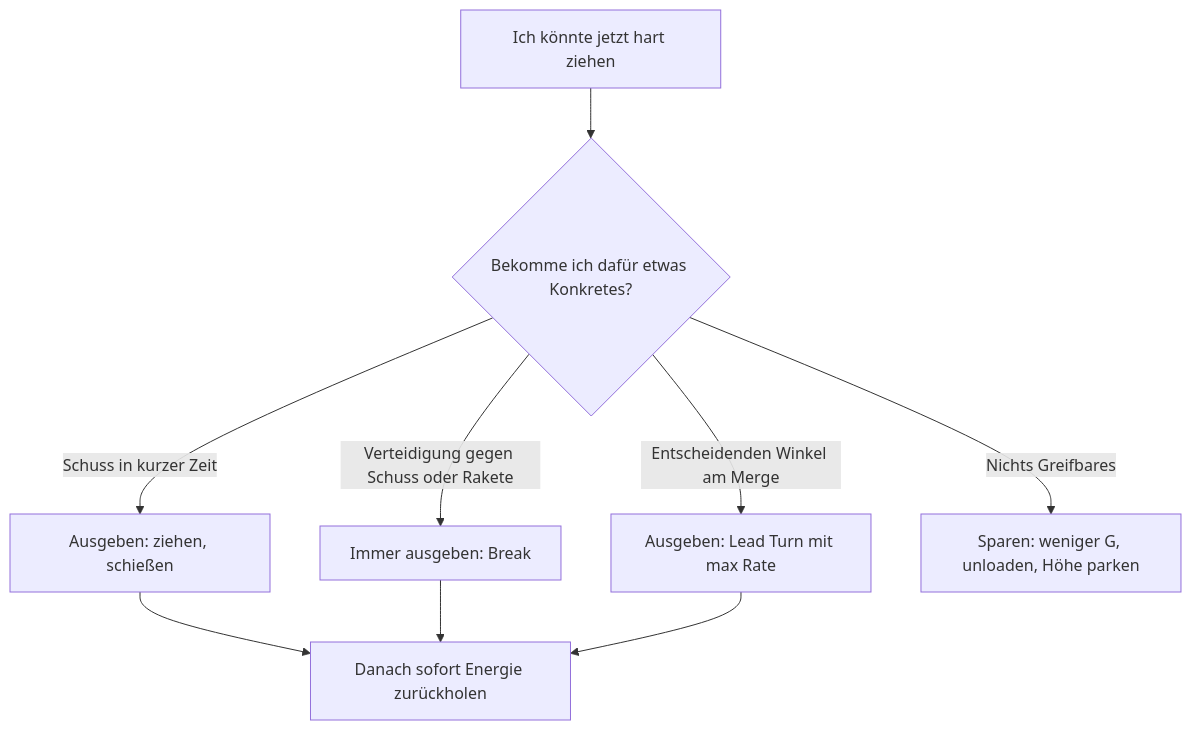
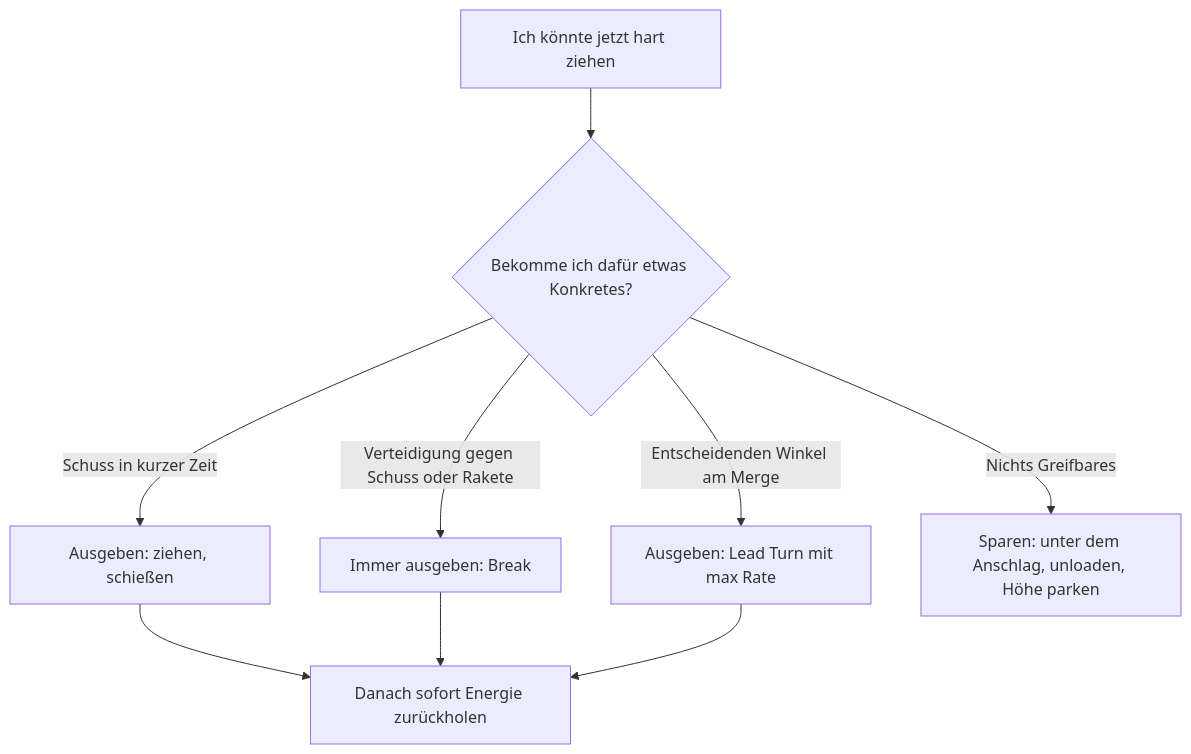
One commit to lukaio3D/VFM_Wiki changed the diagram in docs/grundlagen/energie-management.md. Above: the diagram before and after it, drawn with Mermaid. The commit also changed other lines of this file and 40 other files, not shown here.

````diff
--- a/docs/grundlagen/energie-management.md
+++ b/docs/grundlagen/energie-management.md
@@ -118,11 +157,11 @@
 ```mermaid
 flowchart TD
     A[Ich könnte jetzt hart ziehen] --> B{Bekomme ich dafür etwas Konkretes?}
     B -->|Schuss in kurzer Zeit| C[Ausgeben: ziehen, schießen]
     B -->|Verteidigung gegen Schuss oder Rakete| D[Immer ausgeben: Break]
     B -->|Entscheidenden Winkel am Merge| E[Ausgeben: Lead Turn mit max Rate]
-    B -->|Nichts Greifbares| F[Sparen: weniger G, unloaden, Höhe parken]
+    B -->|Nichts Greifbares| F[Sparen: unter dem Anschlag, unloaden, Höhe parken]
     C --> G[Danach sofort Energie zurückholen]
     D --> G
     E --> G
 ```
````
